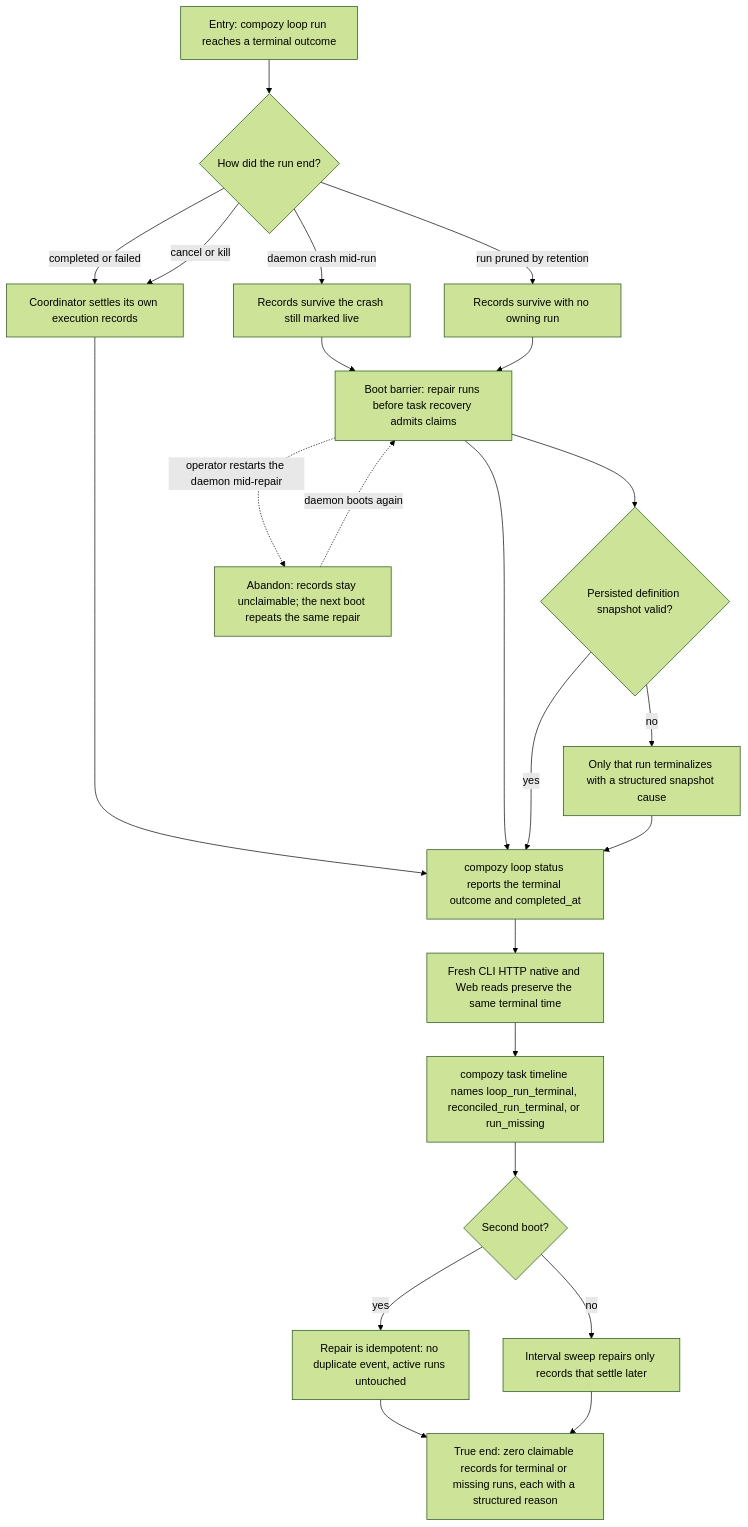
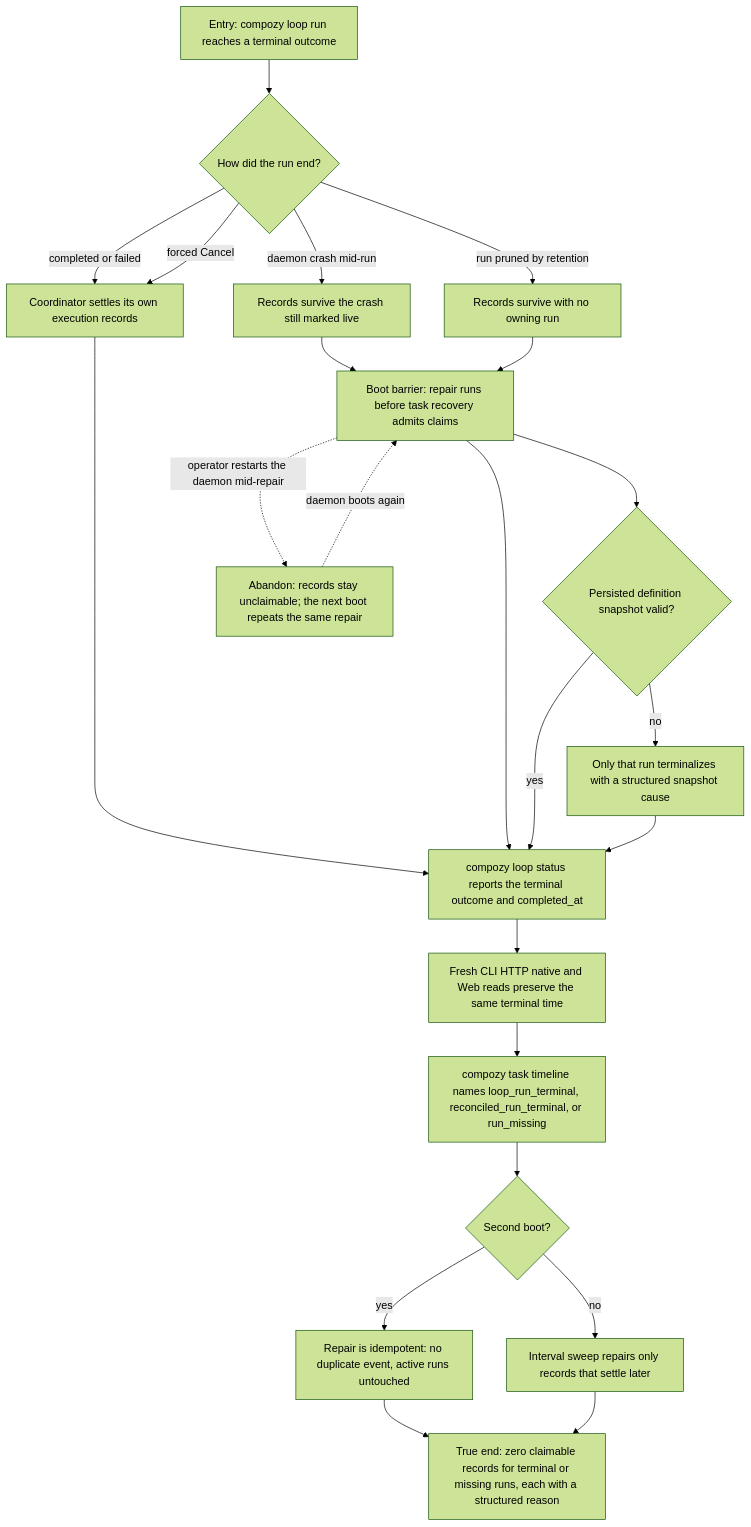
Before and after one commit to compozy/compozy: the diagram in docs/qa/journeys/J-loop-terminal-recovery.md, drawn with Mermaid (forest theme). The commit also changed other lines of this file and 217 other files, not shown here.

````diff
--- a/docs/qa/journeys/J-loop-terminal-recovery.md
+++ b/docs/qa/journeys/J-loop-terminal-recovery.md
@@ -8,25 +8,25 @@
 ```mermaid
 flowchart TD
     A[Entry: compozy loop run reaches a terminal outcome] --> B{How did the run end?}
     B -->|completed or failed| C[Coordinator settles its own execution records]
-    B -->|cancel or kill| C
+    B -->|forced Cancel| C
     B -->|daemon crash mid-run| D[Records survive the crash still marked live]
     B -->|run pruned by retention| E[Records survive with no owning run]
     D --> F[Boot barrier: repair runs before task recovery admits claims]
     E --> F
     C --> G[compozy loop status reports the terminal outcome and completed_at]
     F --> G
     G --> G2[Fresh CLI HTTP native and Web reads preserve the same terminal time]
     G2 --> H[compozy task timeline names loop_run_terminal, reconciled_run_terminal, or run_missing]
     H --> I{Second boot?}
     I -->|yes| J[Repair is idempotent: no duplicate event, active runs untouched]
     I -->|no| K[Interval sweep repairs only records that settle later]
     J --> L[True end: zero claimable records for terminal or missing runs, each with a structured reason]
     K --> L
     F --> M{Persisted definition snapshot valid?}
     M -->|yes| G
     M -->|no| N[Only that run terminalizes with a structured snapshot cause]
     N --> G
     F -.->|operator restarts the daemon mid-repair| X[Abandon: records stay unclaimable; the next boot repeats the same repair]
     X -.->|daemon boots again| F
 ```
````
